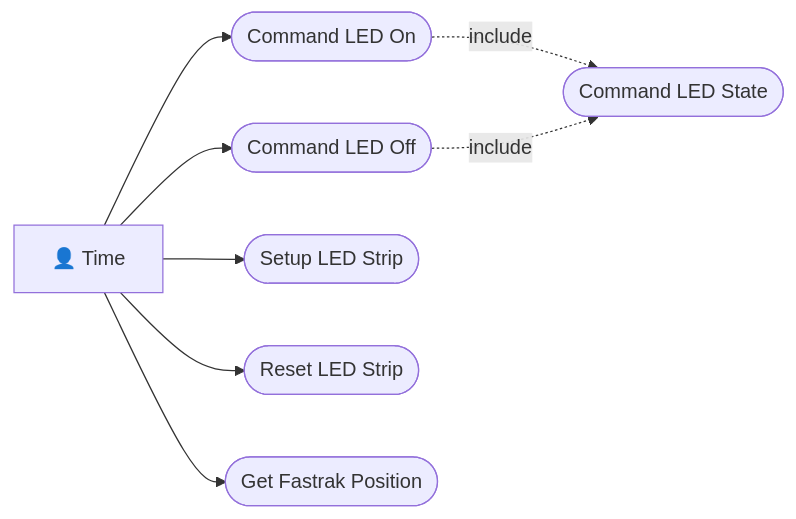
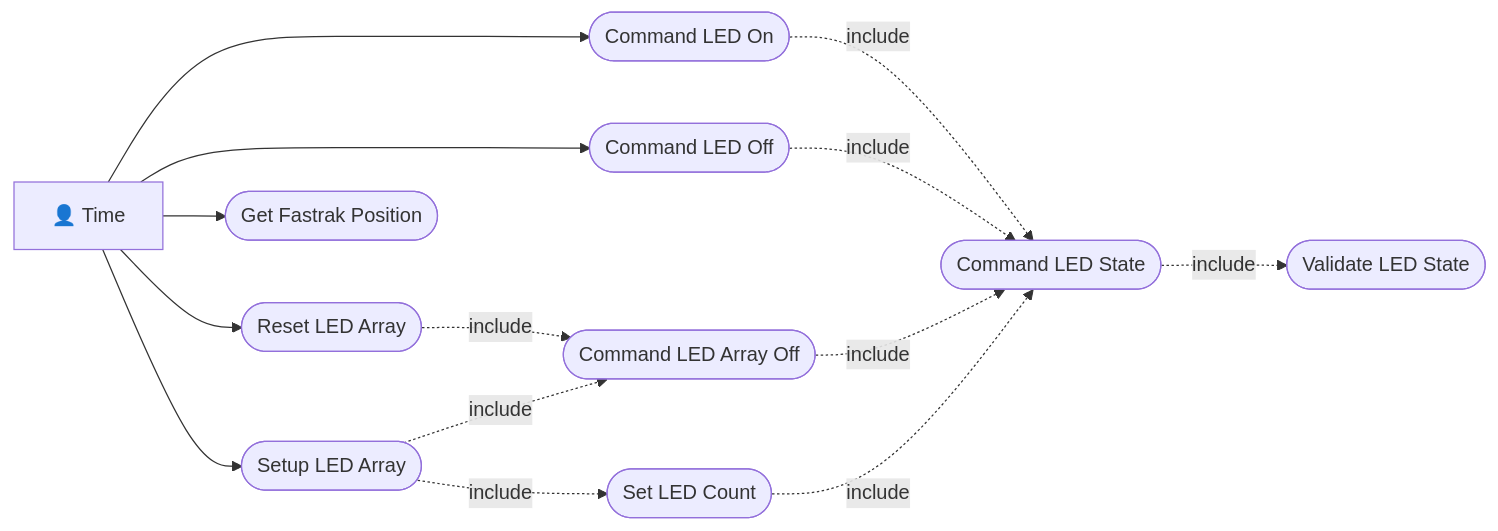
One commit to Nontrivial-Solutions/psychopy-ledtracker changed the diagram in docs/README.md. Above: the diagram before and after it, drawn with Mermaid. The commit also changed other lines of this file and 18 other files, not shown here.

````diff
--- a/docs/README.md
+++ b/docs/README.md
@@ -163,20 +163,29 @@
 ```mermaid
 flowchart LR
   aT["👤 Time"]
 
   CLS(["Command LED State"])
   CLF(["Command LED Off"])
   CLN(["Command LED On"])
-  SLS(["Setup LED Strip"])
-  RLS(["Reset LED Strip"])
+  SLS(["Setup LED Array"])
+  RLS(["Reset LED Array"])
   GFP(["Get Fastrak Position"])
+  VLS(["Validate LED State"])
+  SLC(["Set LED Count"])
+  SLAO(["Command LED Array Off"])
 
   aT --> CLN 
   aT --> CLF
   aT --> SLS 
   aT --> RLS 
   aT --> GFP 
 
   CLN -. include .-> CLS
   CLF -. include .-> CLS
+  SLAO -. include .-> CLS
+  SLC -. include .-> CLS
+  CLS -. include .-> VLS
+  RLS -. include .-> SLAO 
+  SLS -. include .-> SLC 
+  SLS -. include .-> SLAO 
 ```
````
